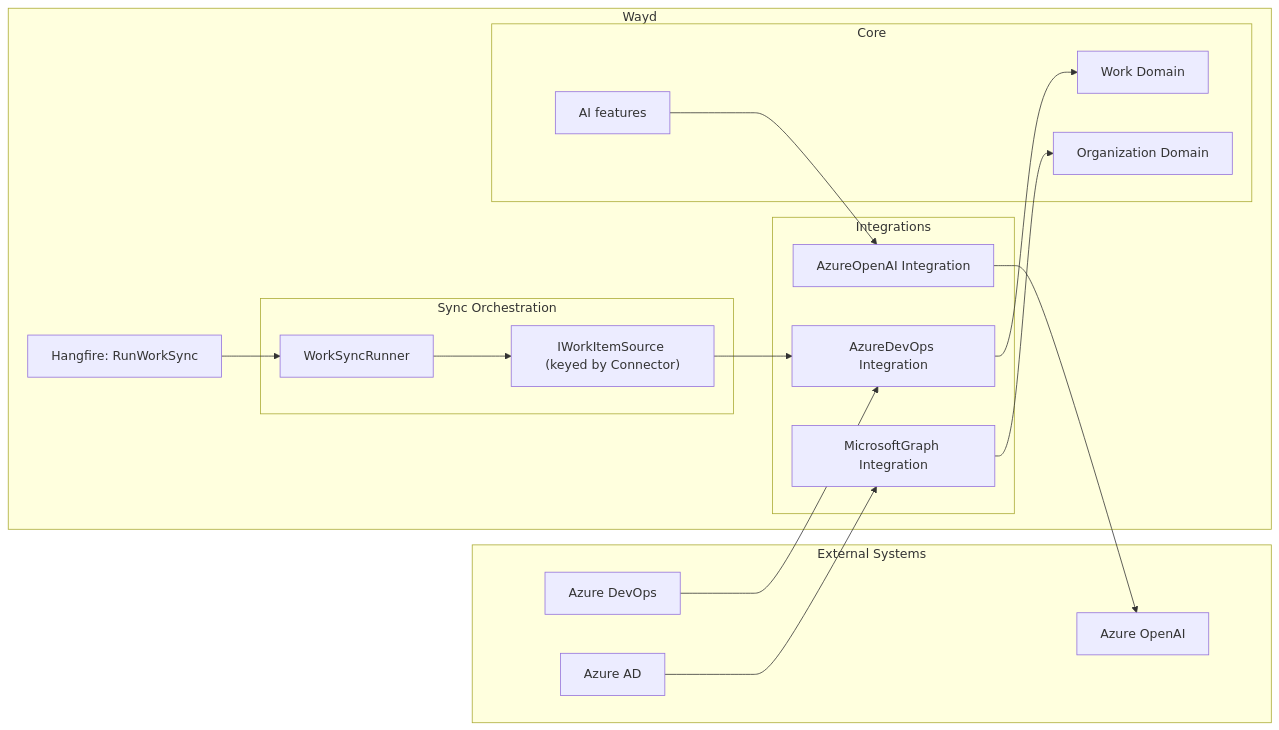
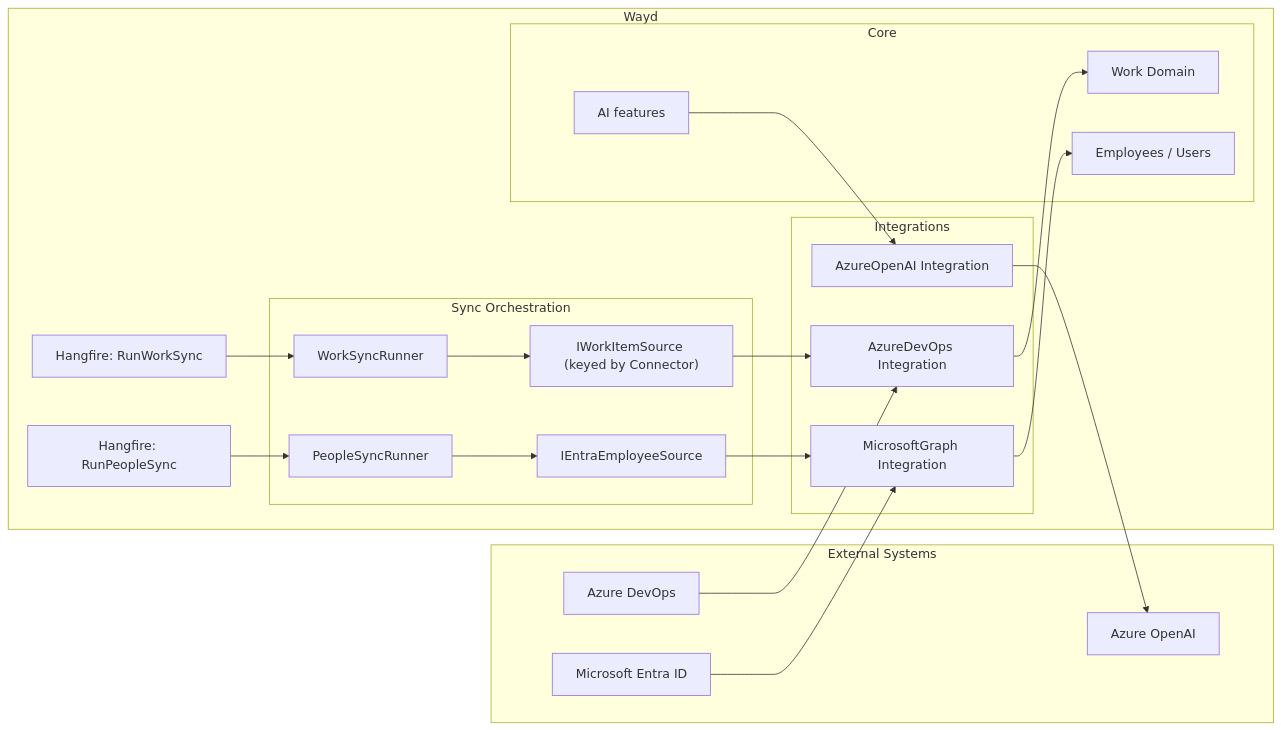
The diagram in docs/reference/integrations.mdx (destacey/Wayd), drawn with Mermaid before and after one commit. The commit also changed other lines of this file and 4 other files, not shown here.

First line of the commit message:
Update docs for connector categories and Entra sync

````diff
--- a/docs/reference/integrations.mdx
+++ b/docs/reference/integrations.mdx
@@ -68,35 +97,41 @@
 ```mermaid
 graph LR
     subgraph "External Systems"
         ADO["Azure DevOps"]
+        Entra["Microsoft Entra ID"]
         AOAI["Azure OpenAI"]
-        AAD["Azure AD"]
     end
     subgraph "Wayd"
         subgraph "Sync Orchestration"
-            Runner["WorkSyncRunner"]
-            Sources["IWorkItemSource (keyed by Connector)"]
+            WorkRunner["WorkSyncRunner"]
+            PeopleRunner["PeopleSyncRunner"]
+            WorkSources["IWorkItemSource (keyed by Connector)"]
+            PeopleSources["IEntraEmployeeSource"]
         end
         subgraph "Integrations"
             ADOInt["AzureDevOps Integration"]
+            GraphInt["MicrosoftGraph Integration"]
             AOAIInt["AzureOpenAI Integration"]
-            GraphInt["MicrosoftGraph Integration"]
         end
         subgraph "Core"
             Work["Work Domain"]
-            Org["Organization Domain"]
+            People["Employees / Users"]
             AI["AI features"]
         end
-        HF["Hangfire: RunWorkSync"]
+        HFWork["Hangfire: RunWorkSync"]
+        HFPeople["Hangfire: RunPeopleSync"]
     end
 
-    HF --> Runner
-    Runner --> Sources
-    Sources --> ADOInt
+    HFWork --> WorkRunner
+    HFPeople --> PeopleRunner
+    WorkRunner --> WorkSources
+    PeopleRunner --> PeopleSources
+    WorkSources --> ADOInt
+    PeopleSources --> GraphInt
     ADO --> ADOInt
+    Entra --> GraphInt
     ADOInt --> Work
+    GraphInt --> People
     AOAIInt --> AOAI
     AI --> AOAIInt
-    AAD --> GraphInt
-    GraphInt --> Org
 ```
````
